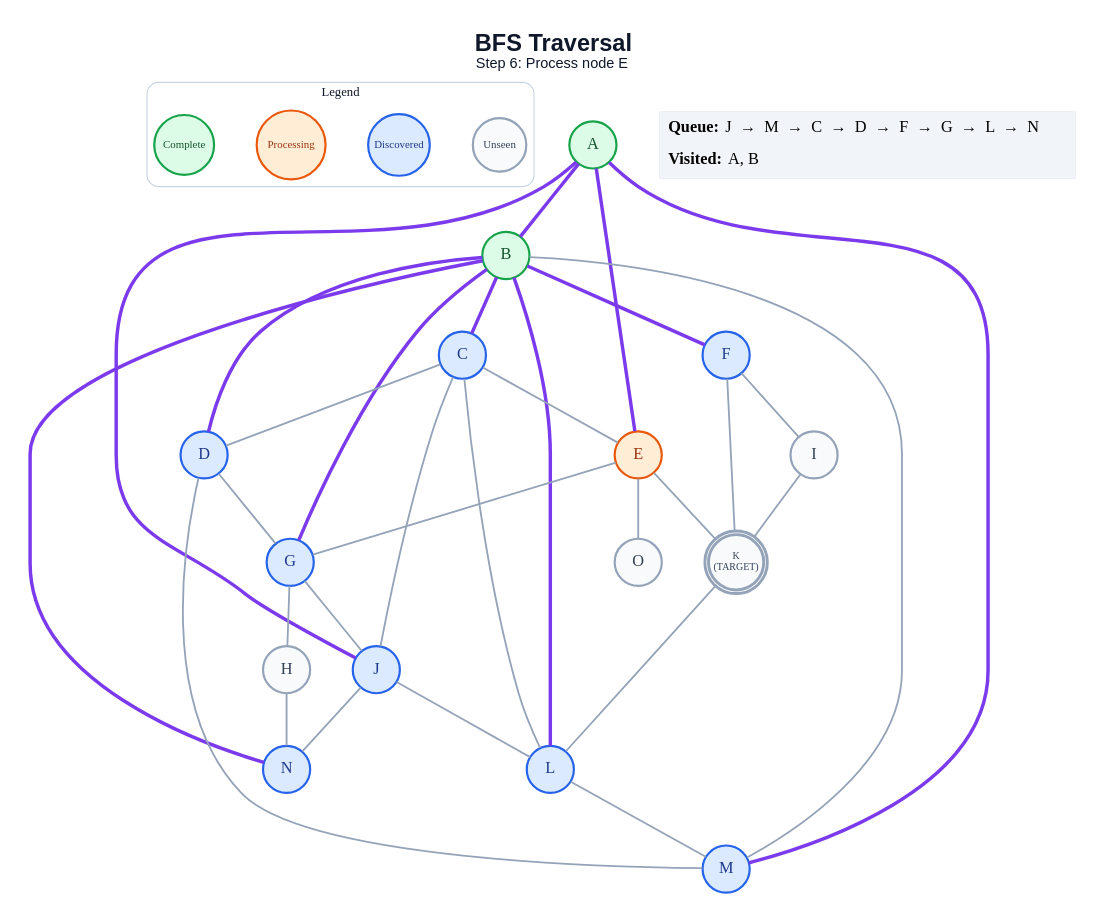
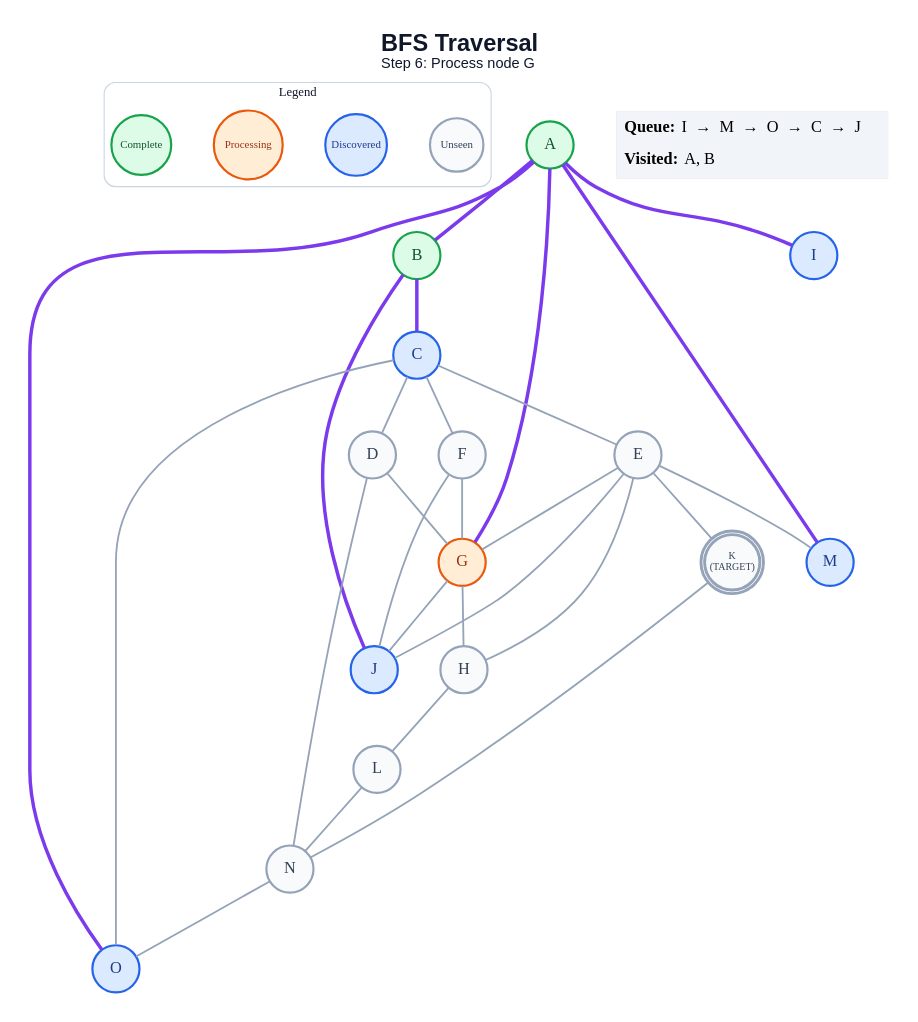
One commit to anon7238593-create/ai-slop changed the diagram in generated/bfs/step_06.dot. Above: the diagram before and after it, drawn with Graphviz. The commit also changed 252 other files, not shown here.

```diff
--- a/generated/bfs/step_06.dot
+++ b/generated/bfs/step_06.dot
@@ -1,64 +1,60 @@
 graph traversal {
   graph [layout=dot, rankdir=TB, bgcolor="#FFFFFF", pad="0.35", nodesep="0.65", ranksep="0.8", fontname="Arial"];
   node [shape=circle, style="filled", fontname="Arial Bold", fontsize=18, width=0.72, fixedsize=true, penwidth=2.4];
   edge [color="#94A3B8", penwidth=2.0];
-  label=<<B>BFS Traversal</B><BR/><FONT POINT-SIZE="16">Step 6: Process node E</FONT>>; labelloc="t"; fontsize=26; fontname="Arial"; fontcolor="#0F172A";
+  label=<<B>BFS Traversal</B><BR/><FONT POINT-SIZE="16">Step 6: Process node G</FONT>>; labelloc="t"; fontsize=26; fontname="Arial"; fontcolor="#0F172A";
   subgraph cluster_legend { label="Legend"; color="#CBD5E1"; penwidth=1.2; style="rounded"; fontsize=14; fontname="Arial Bold";
     key_unseen [label="Unseen", fillcolor="#F8FAFC", color="#94A3B8", fontcolor="#334155", fontsize=12, width=0.82];
     key_frontier [label="Discovered", fillcolor="#DBEAFE", color="#2563EB", fontcolor="#1E3A8A", fontsize=12, width=0.95];
     key_current [label="Processing", fillcolor="#FFEDD5", color="#EA580C", fontcolor="#9A3412", fontsize=12, width=1.05];
     key_done [label="Complete", fillcolor="#DCFCE7", color="#16A34A", fontcolor="#14532D", fontsize=12, width=0.92];
     { rank=same; key_unseen; key_frontier; key_current; key_done; }
   }
   A [label="A", fillcolor="#DCFCE7", color="#16A34A", fontcolor="#14532D", peripheries=1, penwidth=2.4];
   B [label="B", fillcolor="#DCFCE7", color="#16A34A", fontcolor="#14532D", peripheries=1, penwidth=2.4];
   C [label="C", fillcolor="#DBEAFE", color="#2563EB", fontcolor="#1E3A8A", peripheries=1, penwidth=2.4];
-  D [label="D", fillcolor="#DBEAFE", color="#2563EB", fontcolor="#1E3A8A", peripheries=1, penwidth=2.4];
-  E [label="E", fillcolor="#FFEDD5", color="#EA580C", fontcolor="#9A3412", peripheries=1, penwidth=2.4];
-  F [label="F", fillcolor="#DBEAFE", color="#2563EB", fontcolor="#1E3A8A", peripheries=1, penwidth=2.4];
-  G [label="G", fillcolor="#DBEAFE", color="#2563EB", fontcolor="#1E3A8A", peripheries=1, penwidth=2.4];
+  D [label="D", fillcolor="#F8FAFC", color="#94A3B8", fontcolor="#334155", peripheries=1, penwidth=2.4];
+  E [label="E", fillcolor="#F8FAFC", color="#94A3B8", fontcolor="#334155", peripheries=1, penwidth=2.4];
+  F [label="F", fillcolor="#F8FAFC", color="#94A3B8", fontcolor="#334155", peripheries=1, penwidth=2.4];
+  G [label="G", fillcolor="#FFEDD5", color="#EA580C", fontcolor="#9A3412", peripheries=1, penwidth=2.4];
   H [label="H", fillcolor="#F8FAFC", color="#94A3B8", fontcolor="#334155", peripheries=1, penwidth=2.4];
-  I [label="I", fillcolor="#F8FAFC", color="#94A3B8", fontcolor="#334155", peripheries=1, penwidth=2.4];
+  I [label="I", fillcolor="#DBEAFE", color="#2563EB", fontcolor="#1E3A8A", peripheries=1, penwidth=2.4];
   J [label="J", fillcolor="#DBEAFE", color="#2563EB", fontcolor="#1E3A8A", peripheries=1, penwidth=2.4];
   K [label="K\n(TARGET)", fillcolor="#F8FAFC", color="#94A3B8", fontcolor="#334155", peripheries=2, penwidth=3.2, fontsize=11, width=0.85, height=0.85];
-  L [label="L", fillcolor="#DBEAFE", color="#2563EB", fontcolor="#1E3A8A", peripheries=1, penwidth=2.4];
+  L [label="L", fillcolor="#F8FAFC", color="#94A3B8", fontcolor="#334155", peripheries=1, penwidth=2.4];
   M [label="M", fillcolor="#DBEAFE", color="#2563EB", fontcolor="#1E3A8A", peripheries=1, penwidth=2.4];
-  N [label="N", fillcolor="#DBEAFE", color="#2563EB", fontcolor="#1E3A8A", peripheries=1, penwidth=2.4];
-  O [label="O", fillcolor="#F8FAFC", color="#94A3B8", fontcolor="#334155", peripheries=1, penwidth=2.4];
+  N [label="N", fillcolor="#F8FAFC", color="#94A3B8", fontcolor="#334155", peripheries=1, penwidth=2.4];
+  O [label="O", fillcolor="#DBEAFE", color="#2563EB", fontcolor="#1E3A8A", peripheries=1, penwidth=2.4];
   A -- B [color="#7C3AED", penwidth=3.8];
-  A -- E [color="#7C3AED", penwidth=3.8];
-  A -- J [color="#7C3AED", penwidth=3.8];
+  A -- G [color="#7C3AED", penwidth=3.8];
+  A -- I [color="#7C3AED", penwidth=3.8];
   A -- M [color="#7C3AED", penwidth=3.8];
+  A -- O [color="#7C3AED", penwidth=3.8];
   B -- C [color="#7C3AED", penwidth=3.8];
-  B -- D [color="#7C3AED", penwidth=3.8];
-  B -- F [color="#7C3AED", penwidth=3.8];
-  B -- G [color="#7C3AED", penwidth=3.8];
-  B -- L [color="#7C3AED", penwidth=3.8];
-  B -- M;
-  B -- N [color="#7C3AED", penwidth=3.8];
+  B -- J [color="#7C3AED", penwidth=3.8];
   C -- D;
   C -- E;
-  C -- J;
-  C -- L;
+  C -- F;
+  C -- O;
   D -- G;
-  D -- M;
+  D -- N;
   E -- G;
+  E -- H;
+  E -- J;
   E -- K;
-  E -- O;
-  F -- I;
-  F -- K;
+  E -- M;
+  F -- G;
+  F -- J;
   G -- H;
   G -- J;
-  H -- N;
-  I -- K;
-  J -- L;
-  J -- N;
-  K -- L;
-  L -- M;
+  H -- L;
+  K -- N;
+  L -- N;
+  N -- O;
   status [shape=plain, fixedsize=false, width=0, height=0, margin=0, label=<
     <TABLE BORDER="0" CELLBORDER="0" CELLPADDING="7" BGCOLOR="#F1F5F9">
-      <TR><TD ALIGN="LEFT"><B>Queue:</B> J  →  M  →  C  →  D  →  F  →  G  →  L  →  N</TD></TR>
+      <TR><TD ALIGN="LEFT"><B>Queue:</B> I  →  M  →  O  →  C  →  J</TD></TR>
       <TR><TD ALIGN="LEFT"><B>Visited:</B> A, B</TD></TR>
     </TABLE>
   >];
 }
```
